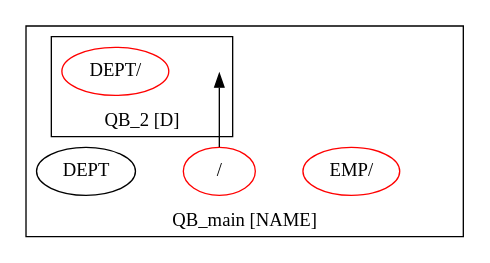
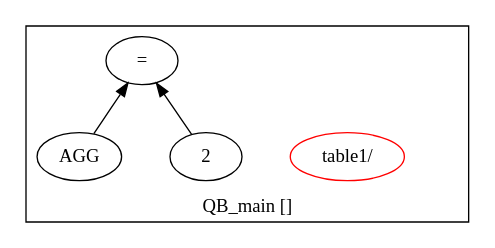
The diagram in qgm.dot (adarshpannu/kona), drawn with Graphviz before and after one commit. The commit also changed 13 other files, not shown here.

```diff
--- a/qgm.dot
+++ b/qgm.dot
@@ -1,17 +1,14 @@
 digraph example1 {
     rankdir=BT;
     nodesep=0.5;
   subgraph cluster_QB_main {
-    label = "QB_main [NAME]";
+    label = "QB_main []";
     "QB_main_pt"[shape=point, color=white];
-    "QUN_0"[label="EMP/", color=red]
-    "QUN_3"[label="/", color=red]
-    "QUN_3" -> "QB_2_pt";
-  subgraph cluster_QB_2 {
-    label = "QB_2 [D]";
-    "QB_2_pt"[shape=point, color=white];
-    "QUN_1"[label="DEPT/", color=red]
-}
-    exprnode0x7ff17e4263d8[label="DEPT"];
+    "QUN_0"[label="table1/", color=red]
+    exprnode0x7fdc16c0bef8[label="="];
+    exprnode0x7fdc16c0bea8 -> exprnode0x7fdc16c0bef8;
+    exprnode0x7fdc16c0b338 -> exprnode0x7fdc16c0bef8;
+    exprnode0x7fdc16c0bea8[label="2"];
+    exprnode0x7fdc16c0b338[label="AGG"];
 }
 }
```
